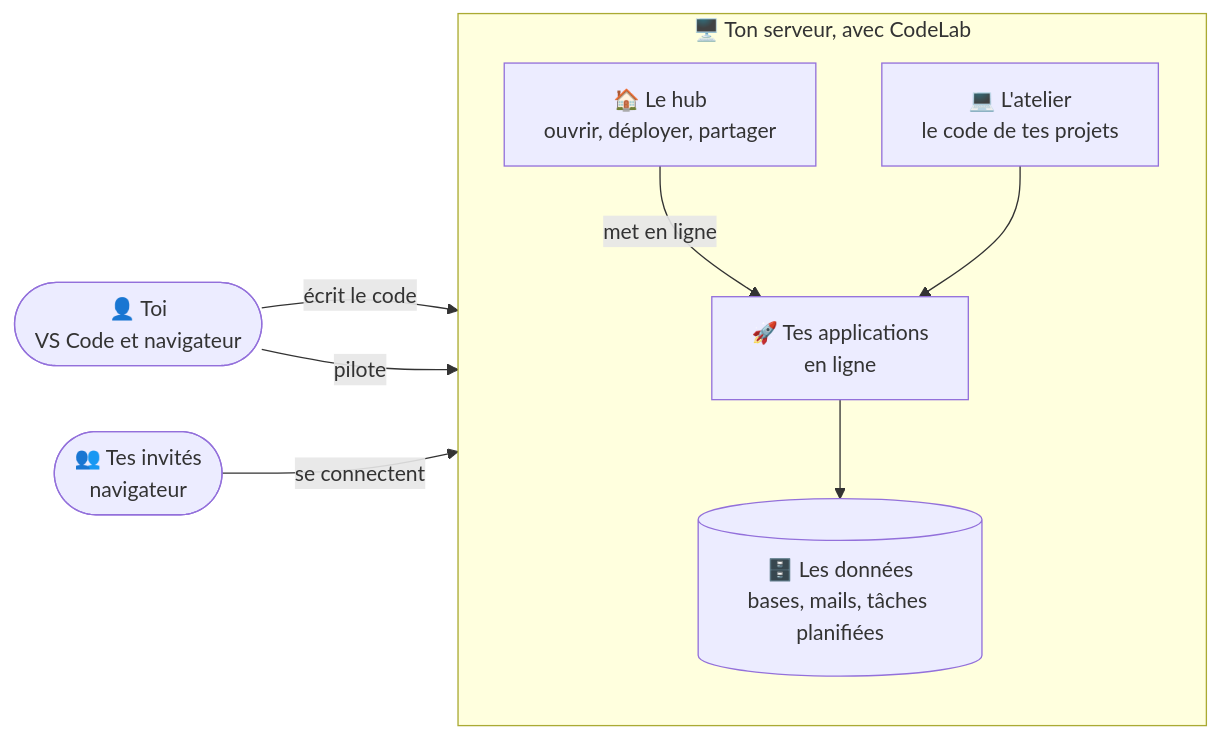
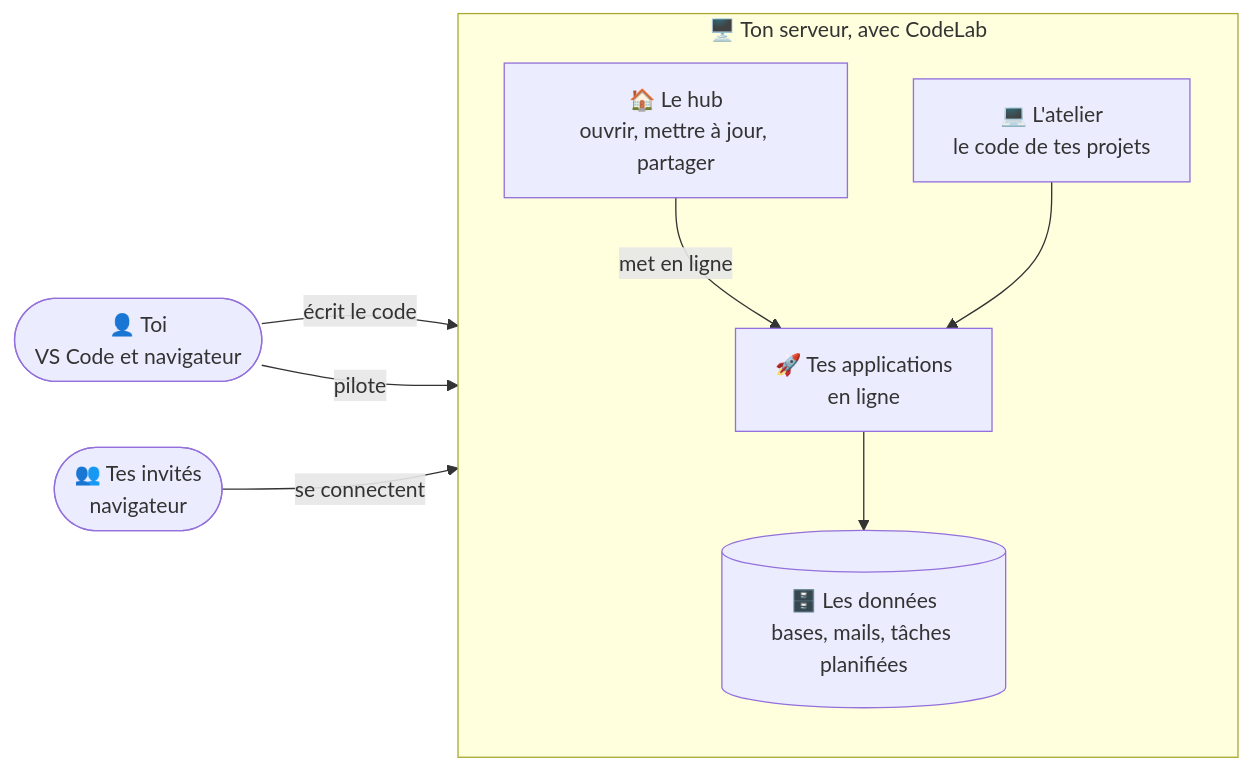
The diagram in README.md (studio-codelab/codelab), drawn with Mermaid before and after one commit. The commit also changed other lines of this file and 6 other files, not shown here.

First line of the commit message:
Hub au téléphone, rubrique Messages, retrait de Déployer

````diff
--- a/README.md
+++ b/README.md
@@ -15,18 +15,18 @@
 ```mermaid
 flowchart LR
     Toi(["👤 Toi<br/>VS Code et navigateur"])
     Invites(["👥 Tes invités<br/>navigateur"])
     subgraph Serveur["🖥️ Ton serveur, avec CodeLab"]
         direction TB
-        Hub["🏠 Le hub<br/>ouvrir, déployer, partager"]
+        Hub["🏠 Le hub<br/>ouvrir, mettre à jour, partager"]
         Atelier["💻 L'atelier<br/>le code de tes projets"]
         Apps["🚀 Tes applications<br/>en ligne"]
         Donnees[("🗄️ Les données<br/>bases, mails, tâches planifiées")]
     end
     Toi -- "écrit le code" --> Atelier
     Toi -- "pilote" --> Hub
     Invites -- "se connectent" --> Hub
     Hub -- "met en ligne" --> Apps
     Atelier --> Apps
     Apps --> Donnees
 ```
````
